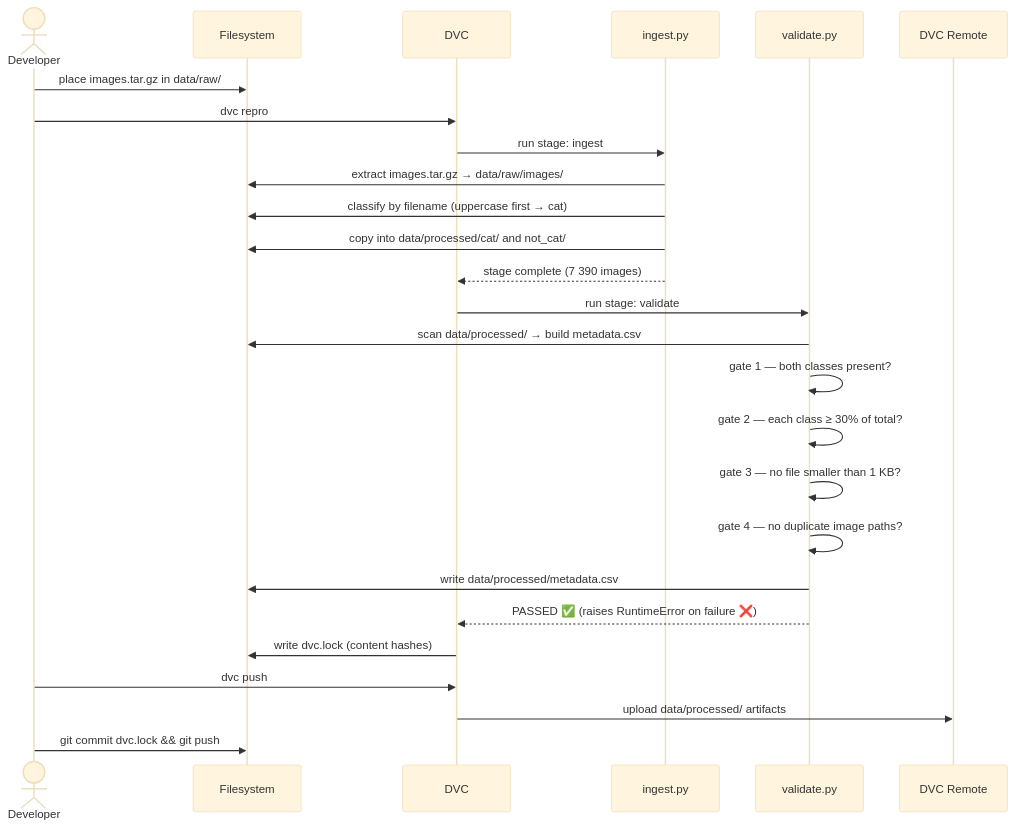
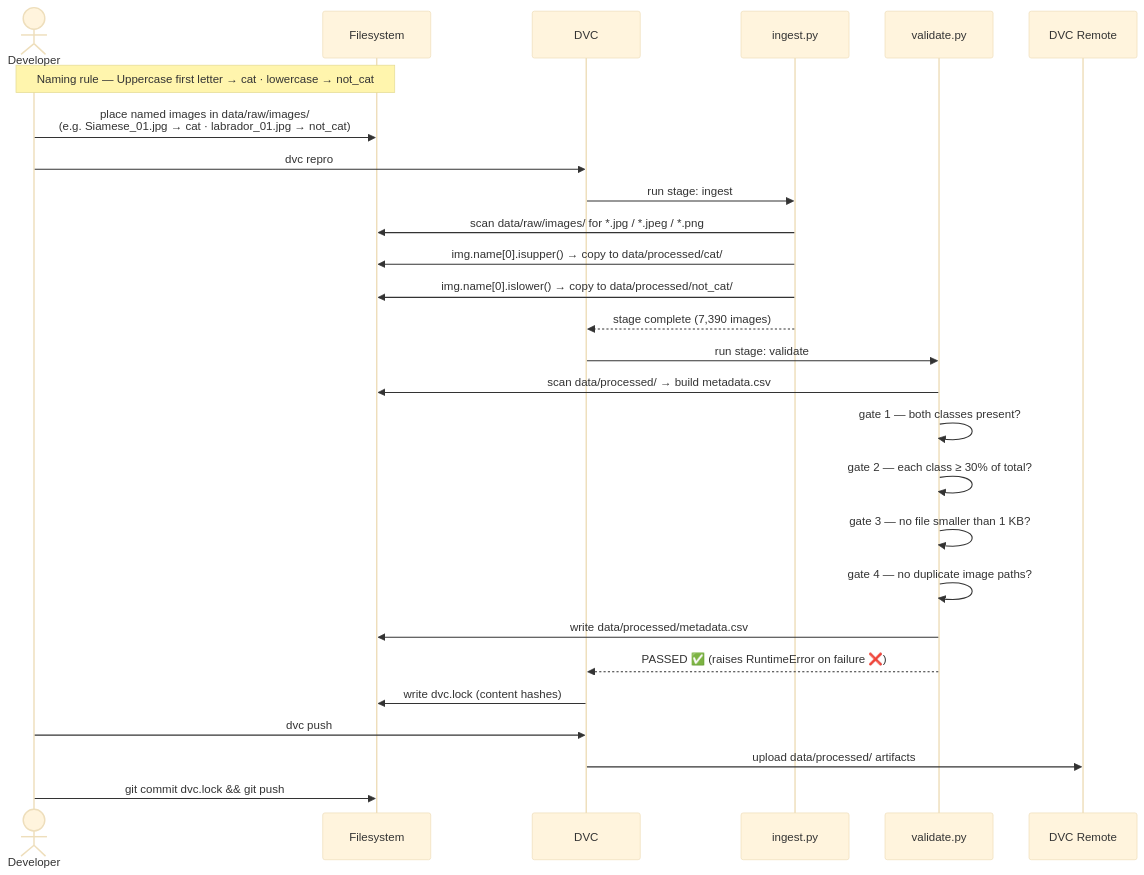
One commit to afonsocosta90/purr-duction-pipeline changed the second of 7 diagrams in docs/Architecture.md. Above: the diagram before and after it, drawn with Mermaid (base theme). The commit also changed other lines of this file and 3 other files, not shown here.

Commit message:
docs: update Architecture.md [skip ci]

````diff
--- a/docs/Architecture.md
+++ b/docs/Architecture.md
@@ -87,28 +93,30 @@
 ```mermaid
 sequenceDiagram
     actor Dev as Developer
     participant FS as Filesystem
     participant DVC
     participant Ingest as ingest.py
     participant Validate as validate.py
     participant Remote as DVC Remote
-    Dev->>FS: place images.tar.gz in data/raw/
+
+    Note over Dev,FS: Naming rule — Uppercase first letter → cat · lowercase → not_cat
+    Dev->>FS: place named images in data/raw/images/<br/>(e.g. Siamese_01.jpg → cat · labrador_01.jpg → not_cat)
     Dev->>DVC: dvc repro
     DVC->>Ingest: run stage: ingest
-    Ingest->>FS: extract images.tar.gz → data/raw/images/
-    Ingest->>FS: classify by filename (uppercase first → cat)
-    Ingest->>FS: copy into data/processed/cat/ and not_cat/
-    Ingest-->>DVC: stage complete (7 390 images)
+    Ingest->>FS: scan data/raw/images/ for *.jpg / *.jpeg / *.png
+    Ingest->>FS: img.name[0].isupper() → copy to data/processed/cat/
+    Ingest->>FS: img.name[0].islower() → copy to data/processed/not_cat/
+    Ingest-->>DVC: stage complete (7,390 images)
     DVC->>Validate: run stage: validate
     Validate->>FS: scan data/processed/ → build metadata.csv
     Validate->>Validate: gate 1 — both classes present?
     Validate->>Validate: gate 2 — each class ≥ 30% of total?
     Validate->>Validate: gate 3 — no file smaller than 1 KB?
     Validate->>Validate: gate 4 — no duplicate image paths?
     Validate->>FS: write data/processed/metadata.csv
     Validate-->>DVC: PASSED ✅ (raises RuntimeError on failure ❌)
     DVC->>FS: write dvc.lock (content hashes)
     Dev->>DVC: dvc push
     DVC->>Remote: upload data/processed/ artifacts
     Dev->>FS: git commit dvc.lock && git push
 ```
````
